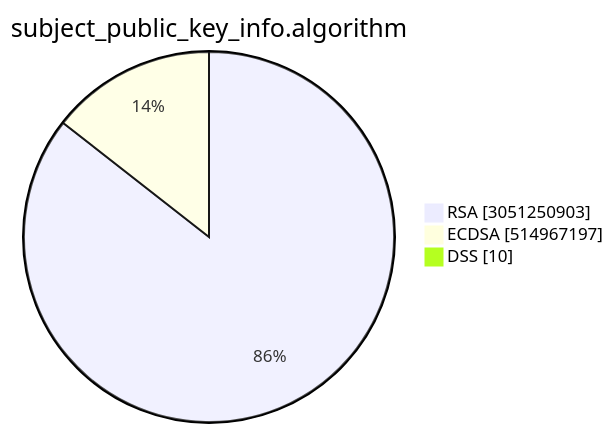
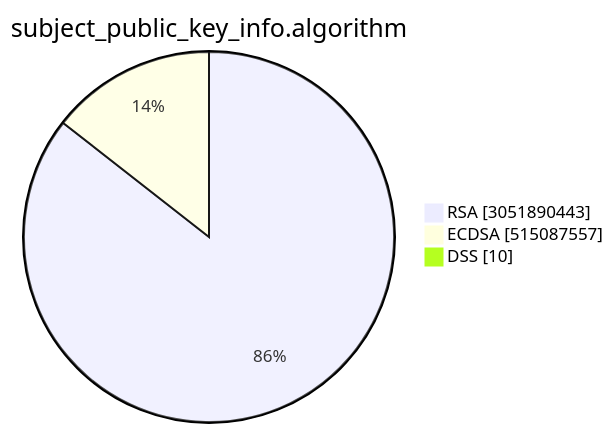
Before and after one commit to christiankrug/ctmonitor_visualization: the second of 15 diagrams in TOTAL/README.md, drawn with Mermaid. The commit also changed other lines of this file, not shown here.

````diff
--- a/TOTAL/README.md
+++ b/TOTAL/README.md
@@ -6,7 +6,7 @@
 ```mermaid
 pie showData
 title subject_public_key_info.algorithm
-"RSA" :3051250903
-"ECDSA" :514967197
+"RSA" :3051890443
+"ECDSA" :515087557
 "DSS" :10
 ```
````
